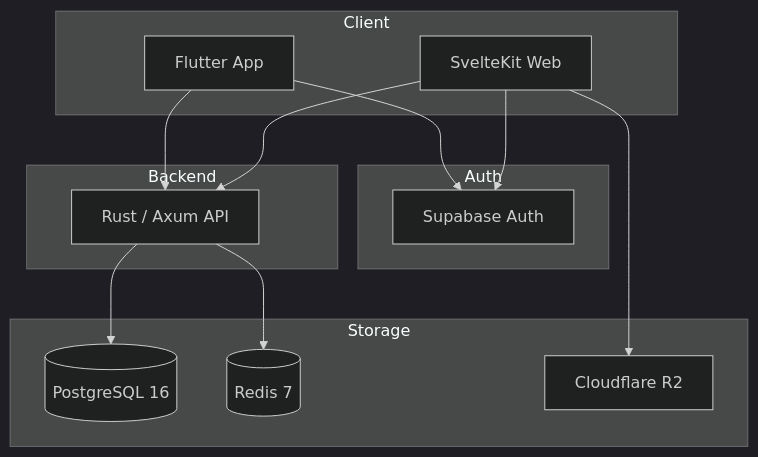
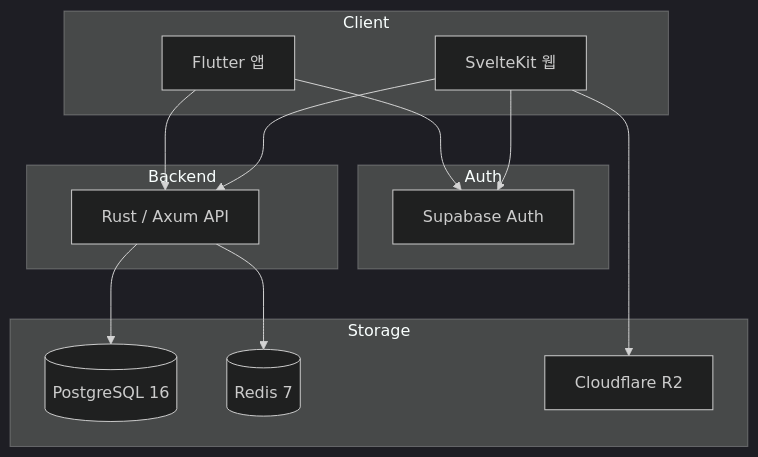
One commit to BbangMxn/BagInCoffee changed the diagram in README.md. Above: the diagram before and after it, drawn with Mermaid (dark theme). The commit also changed other lines of this file, not shown here.

````diff
--- a/README.md
+++ b/README.md
@@ -47,29 +68,29 @@
 ```mermaid
 graph TB
     subgraph Client
-        A[Flutter App]
-        B[SvelteKit Web]
+        A[Flutter 앱]
+        B[SvelteKit 웹]
     end
 
     subgraph Auth
         G[Supabase Auth]
     end
 
     subgraph Backend
         C[Rust / Axum API]
     end
 
     subgraph Storage
         D[(PostgreSQL 16)]
         E[(Redis 7)]
         F[Cloudflare R2]
     end
 
     A --> G
     B --> G
     A --> C
     B --> C
     C --> D
     C --> E
     B --> F
 ```
````
